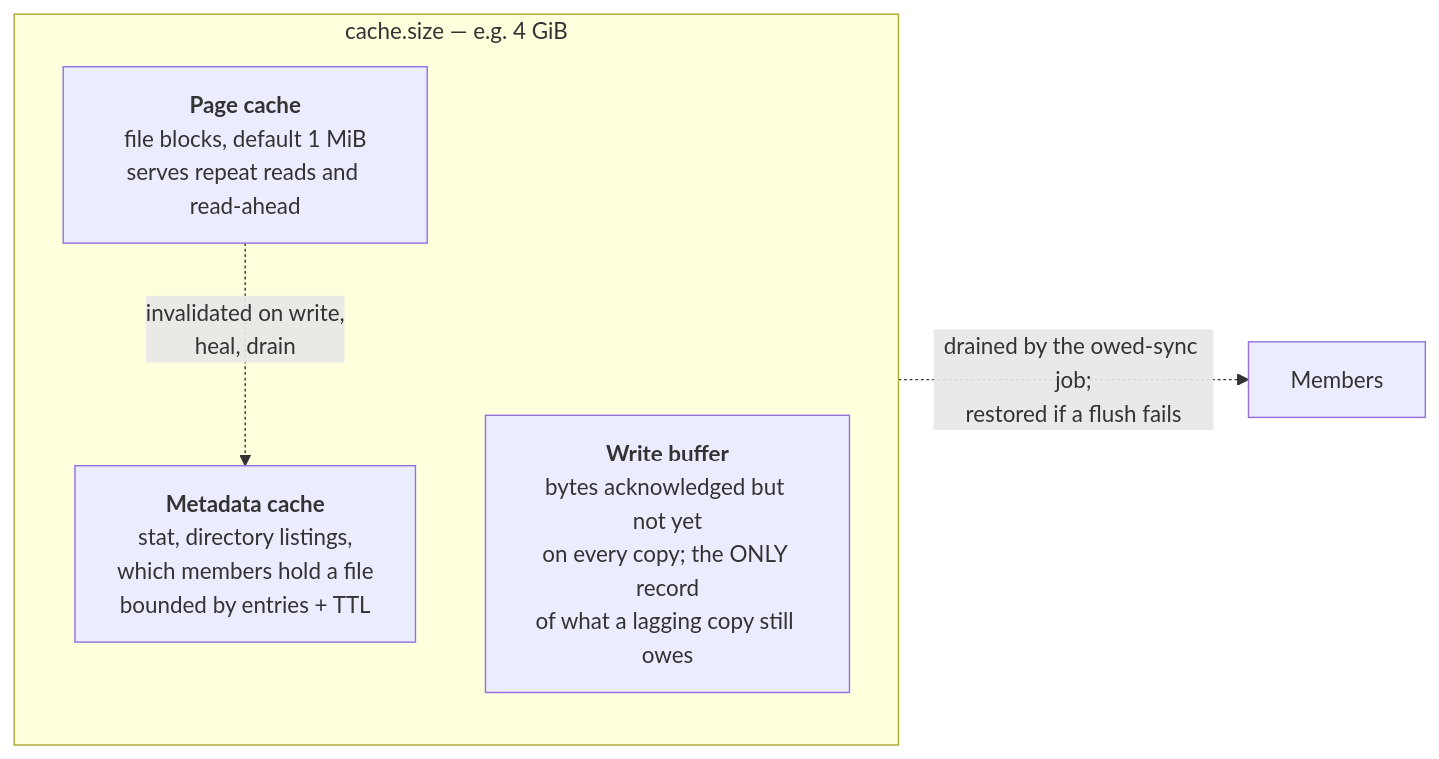
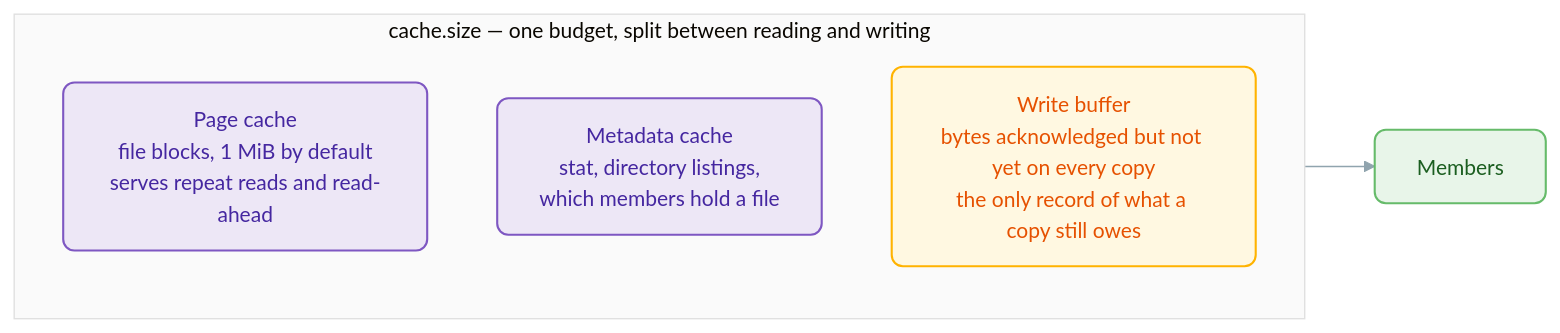
Before and after one commit to Hawkynt/DriveBenderUtility: the fourth of 7 diagrams in README.md, drawn with Mermaid. The commit also changed other lines of this file and 1 other file, not shown here.

First line of the commit message:
* the diagrams looked like 2014: Material palette, rounded cards, semantic colour (#40)

````diff
--- a/README.md
+++ b/README.md
@@ -147,12 +176,23 @@
 ```mermaid
+%%{init: {"theme":"base","themeVariables":{"fontSize":"15px","lineColor":"#90A4AE","textColor":"#37474F","clusterBkg":"#FAFAFA","clusterBorder":"#E0E0E0","edgeLabelBackground":"#FFFFFF"}}}%%
 flowchart LR
-    subgraph RAM["cache.size — e.g. 4 GiB"]
+    subgraph RAM["cache.size — one budget, split between reading and writing"]
         direction TB
-        Pages["<b>Page cache</b><br/>file blocks, default 1 MiB<br/>serves repeat reads and read-ahead"]
-        Meta["<b>Metadata cache</b><br/>stat, directory listings,<br/>which members hold a file<br/>bounded by entries + TTL"]
-        Buf["<b>Write buffer</b><br/>bytes acknowledged but not yet<br/>on every copy; the ONLY record<br/>of what a lagging copy still owes"]
+        Pages["Page cache<br/>file blocks, 1 MiB by default<br/>serves repeat reads and read-ahead"]
+        Meta["Metadata cache<br/>stat, directory listings,<br/>which members hold a file"]
+        Buf["Write buffer<br/>bytes acknowledged but not yet on every copy<br/>the only record of what a copy still owes"]
     end
 
-    Pages -. "invalidated on write,<br/>heal, drain" .-> Meta
-    Buf -. "drained by the owed-sync job;<br/>restored if a flush fails" .-> Members["Members"]
+    Buf --> Members["Members"]
+
+    classDef primary fill:#E3F2FD,stroke:#42A5F5,stroke-width:1.5px,color:#0D47A1,rx:8,ry:8
+    classDef surface fill:#FFFFFF,stroke:#CFD8DC,stroke-width:1.5px,color:#37474F,rx:8,ry:8
+    classDef store fill:#E8F5E9,stroke:#66BB6A,stroke-width:1.5px,color:#1B5E20,rx:8,ry:8
+    classDef warn fill:#FFF8E1,stroke:#FFB300,stroke-width:1.5px,color:#E65100,rx:8,ry:8
+    classDef danger fill:#FFEBEE,stroke:#EF5350,stroke-width:1.5px,color:#B71C1C,rx:8,ry:8
+    classDef accent fill:#EDE7F6,stroke:#7E57C2,stroke-width:1.5px,color:#4527A0,rx:8,ry:8
+    classDef decision fill:#ECEFF1,stroke:#90A4AE,stroke-width:1.5px,color:#37474F
+    class Pages,Meta accent
+    class Buf warn
+    class Members store
 ```
````
